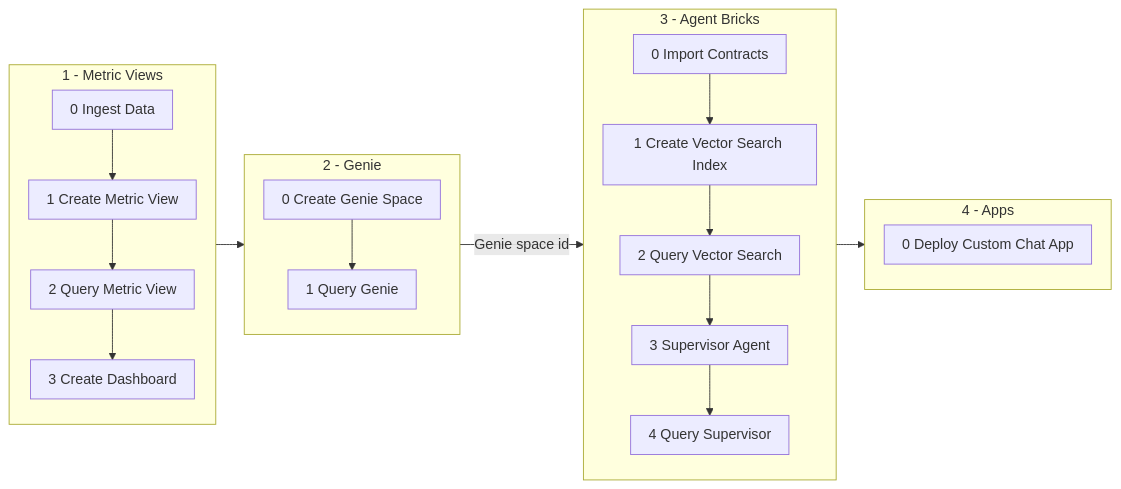
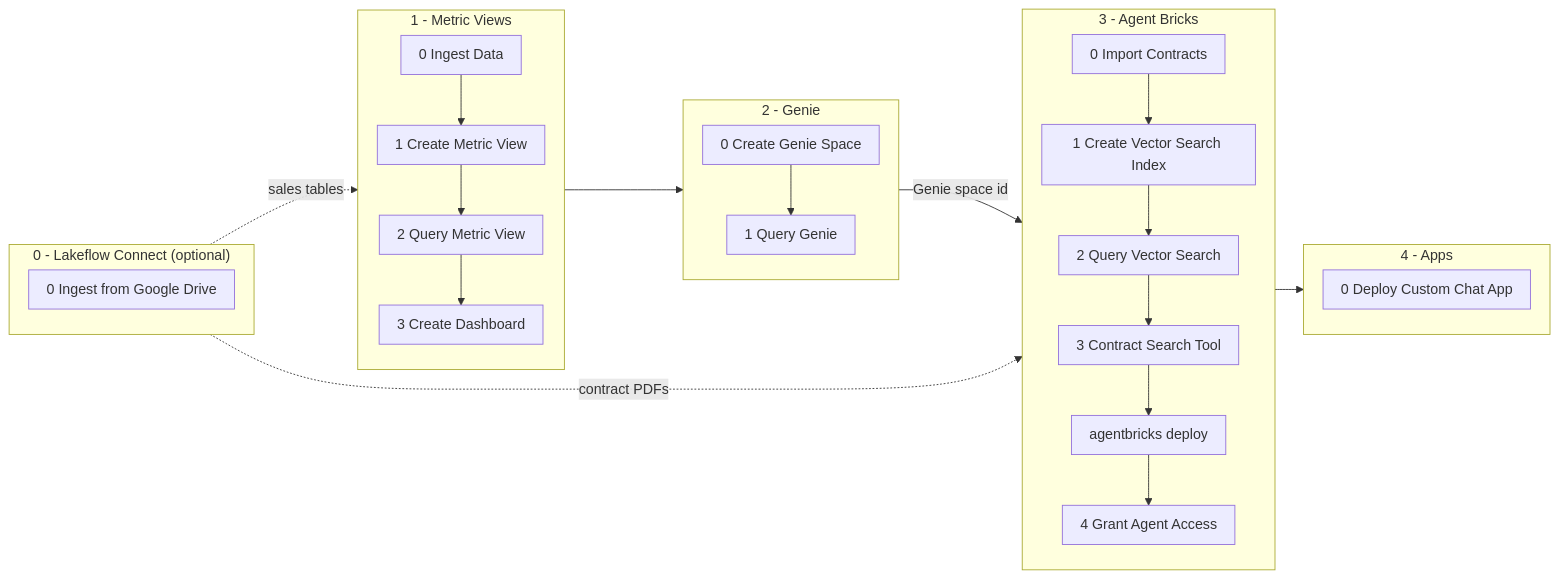
One commit to pedrozanlorensi/marketing-campaign-analytics-workshop changed the diagram in README.md. Above: the diagram before and after it, drawn with Mermaid. The commit also changed other lines of this file and 50 other files, not shown here.

````diff
--- a/README.md
+++ b/README.md
@@ -24,27 +30,34 @@
 ```mermaid
 %%{init: {'flowchart': {'padding': 10, 'nodeSpacing': 24, 'rankSpacing': 32}}}%%
 flowchart LR
+    subgraph S0["0 - Lakeflow Connect (optional)"]
+        direction TB
+        LC0["0 Ingest from Google Drive"]
+    end
+
     subgraph S1["1 - Metric Views"]
         direction TB
         MV0["0 Ingest Data"] --> MV1["1 Create Metric View"] --> MV2["2 Query Metric View"] --> MV3["3 Create Dashboard"]
     end
 
     subgraph S2["2 - Genie"]
         direction TB
         G0["0 Create Genie Space"] --> G1["1 Query Genie"]
     end
 
     subgraph S3["3 - Agent Bricks"]
         direction TB
-        AB0["0 Import Contracts"] --> AB1["1 Create Vector Search Index"] --> AB2["2 Query Vector Search"] --> AB3["3 Supervisor Agent"] --> AB4["4 Query Supervisor"]
+        AB0["0 Import Contracts"] --> AB1["1 Create Vector Search Index"] --> AB2["2 Query Vector Search"] --> AB3["3 Contract Search Tool"] --> ABD["agentbricks deploy"] --> AB4["4 Grant Agent Access"]
     end
 
     subgraph S4["4 - Apps"]
         direction TB
         AP0["0 Deploy Custom Chat App"]
     end
 
+    LC0 -.->|sales tables| MV0
+    LC0 -.->|contract PDFs| AB1
     MV3 --> G0
     G1 -->|Genie space id| AB3
     AB4 --> AP0
 ```
````
